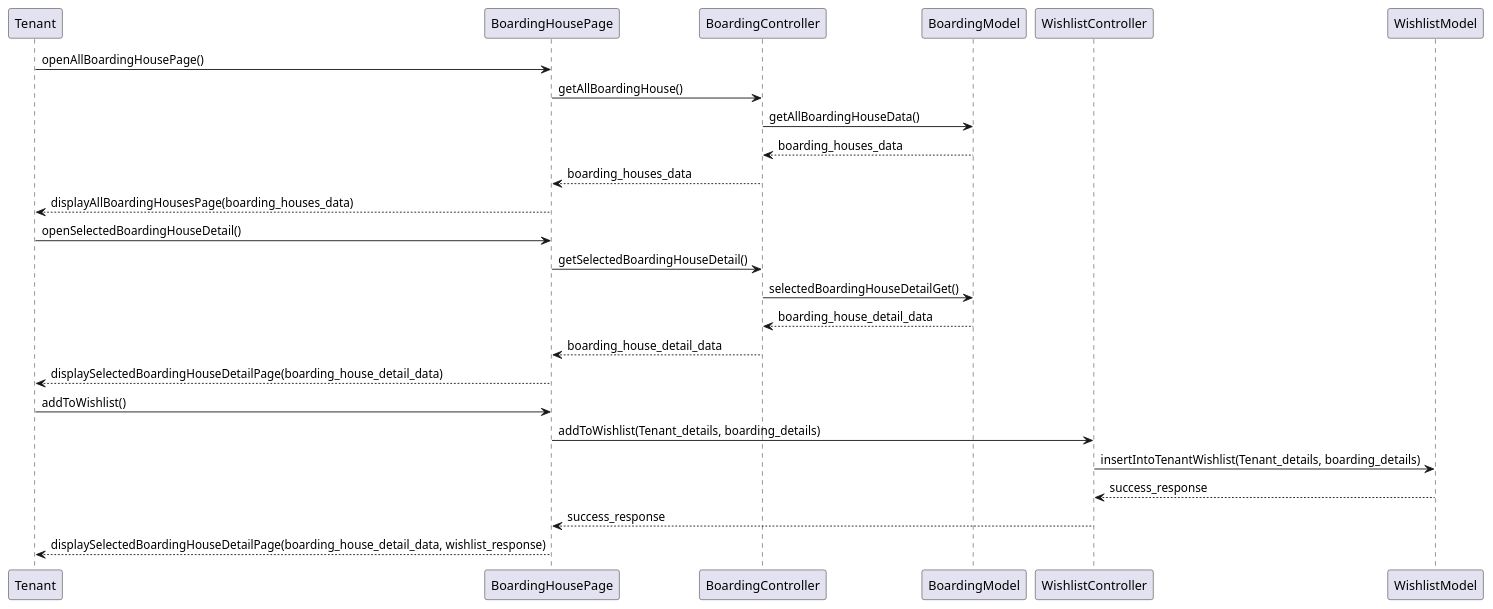
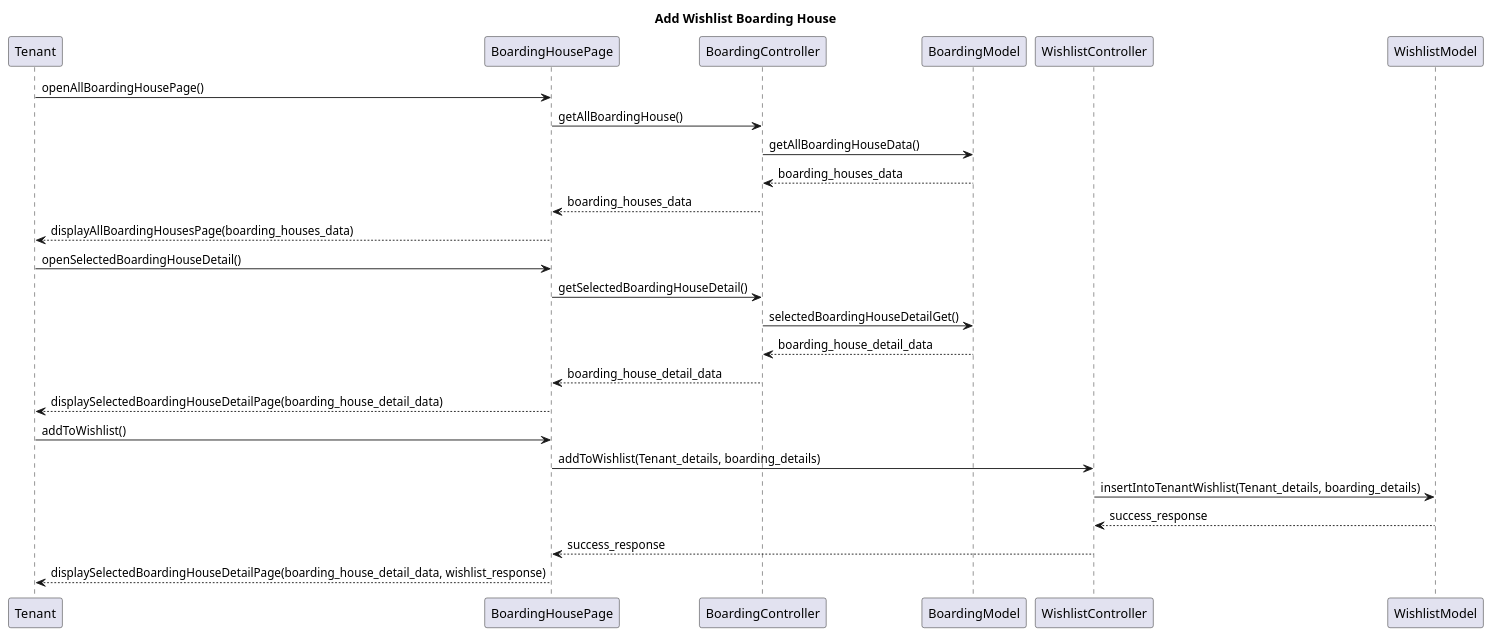
Before and after one commit to AntWort21/BHFMS: the diagram in Design/BHFMS_SEQUENCE/Add Wishlist.puml, drawn with PlantUML. The commit also changed 34 other files, not shown here.

Commit message:
added title in sequence and activity diagram based on use case description, separated a few diagram

```diff
--- a/Design/BHFMS_SEQUENCE/Add Wishlist.puml
+++ b/Design/BHFMS_SEQUENCE/Add Wishlist.puml
@@ -1,23 +1,24 @@
 @startuml
+title Add Wishlist Boarding House
 Tenant -> BoardingHousePage: openAllBoardingHousePage()
 BoardingHousePage -> BoardingController: getAllBoardingHouse()
 BoardingController -> BoardingModel: getAllBoardingHouseData()
 BoardingController <-- BoardingModel: boarding_houses_data
 BoardingHousePage <-- BoardingController: boarding_houses_data
 Tenant <-- BoardingHousePage: displayAllBoardingHousesPage(boarding_houses_data)
 
 Tenant -> BoardingHousePage: openSelectedBoardingHouseDetail()
 BoardingHousePage -> BoardingController: getSelectedBoardingHouseDetail()
 BoardingController -> BoardingModel: selectedBoardingHouseDetailGet()
 BoardingController <-- BoardingModel: boarding_house_detail_data
 BoardingHousePage <-- BoardingController: boarding_house_detail_data
 Tenant <-- BoardingHousePage: displaySelectedBoardingHouseDetailPage(boarding_house_detail_data)
 
 Tenant -> BoardingHousePage: addToWishlist()
 BoardingHousePage -> WishlistController: addToWishlist(Tenant_details, boarding_details)
 WishlistController -> WishlistModel: insertIntoTenantWishlist(Tenant_details, boarding_details)
 WishlistController <-- WishlistModel: success_response
 BoardingHousePage <-- WishlistController: success_response
 Tenant <-- BoardingHousePage: displaySelectedBoardingHouseDetailPage(boarding_house_detail_data, wishlist_response)
 
 @enduml
```
